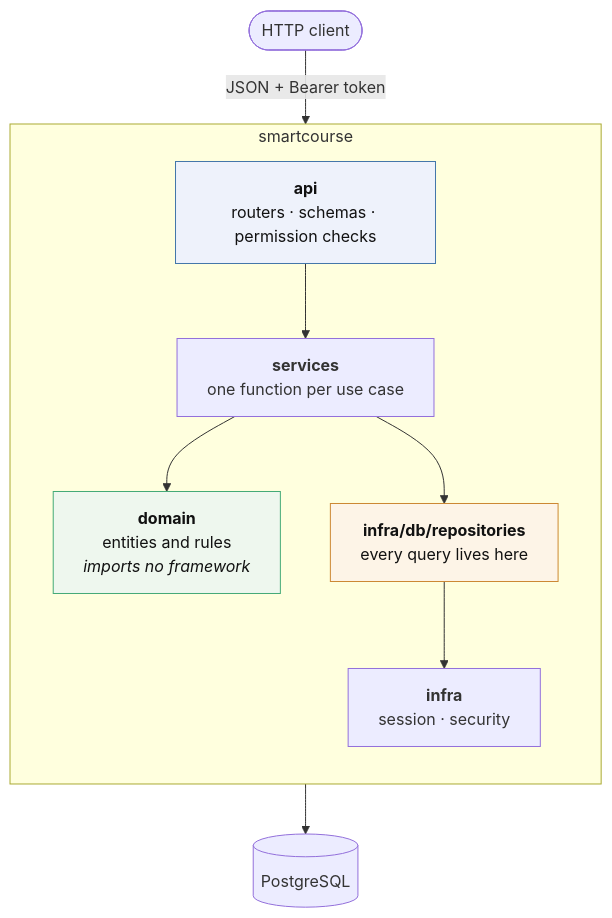
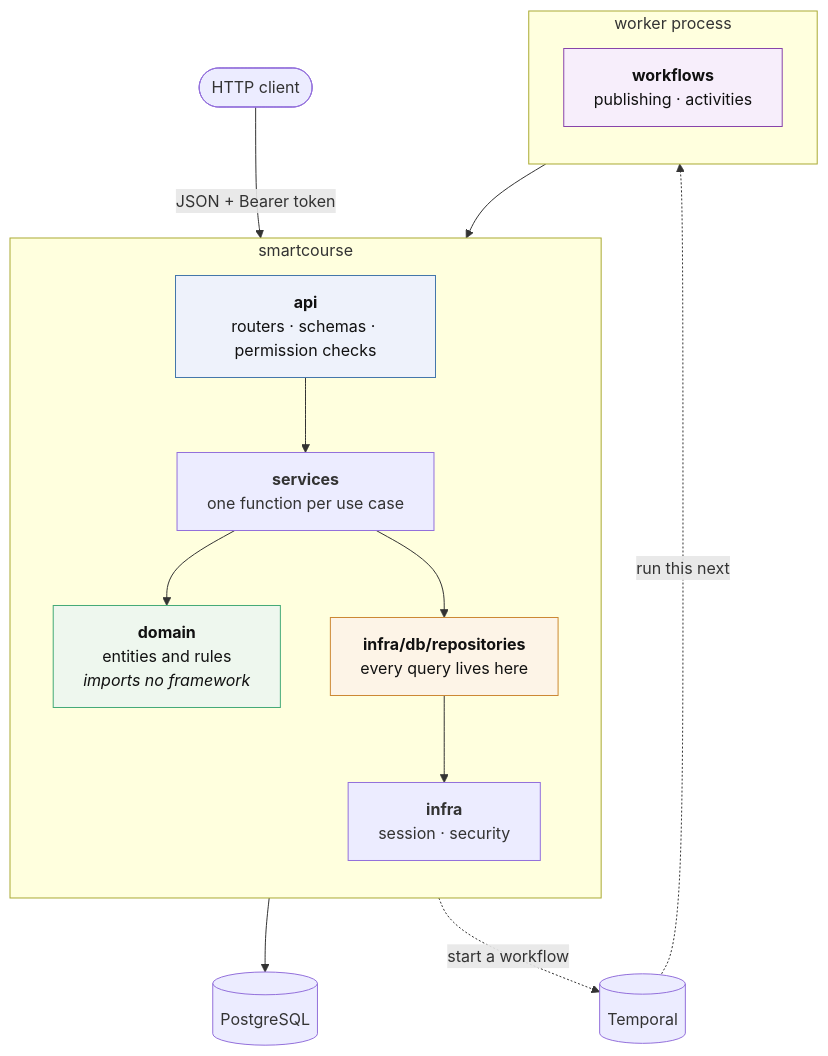
Before and after one commit to faraz-jahangir-emumba/smartcourse-backend: the diagram in README.md, drawn with Mermaid. The commit also changed other lines of this file and 6 other files, not shown here.

````diff
--- a/README.md
+++ b/README.md
@@ -31,26 +31,37 @@
 ```mermaid
 flowchart TD
     client([HTTP client])
 
     subgraph app[" smartcourse "]
         direction TB
         api["<b>api</b><br/>routers · schemas · permission checks"]
         services["<b>services</b><br/>one function per use case"]
         domain["<b>domain</b><br/>entities and rules<br/><i>imports no framework</i>"]
         repos["<b>infra/db/repositories</b><br/>every query lives here"]
         infra["<b>infra</b><br/>session · security"]
     end
 
+    subgraph worker[" worker process "]
+        direction TB
+        wf["<b>workflows</b><br/>publishing · activities"]
+    end
+
     pg[("PostgreSQL")]
+    tq[("Temporal")]
 
     client -->|"JSON + Bearer token"| api
     api --> services
     services --> domain
     services --> repos
     repos --> infra
     infra --> pg
 
+    api -.->|"start a workflow"| tq
+    tq -.->|"run this next"| wf
+    wf --> services
+
     style domain fill:#eef7ee,stroke:#4a7,color:#111
     style api fill:#eef2fb,stroke:#47a,color:#111
     style repos fill:#fdf4e7,stroke:#c83,color:#111
+    style wf fill:#f7eefb,stroke:#84a,color:#111
 ```
````
